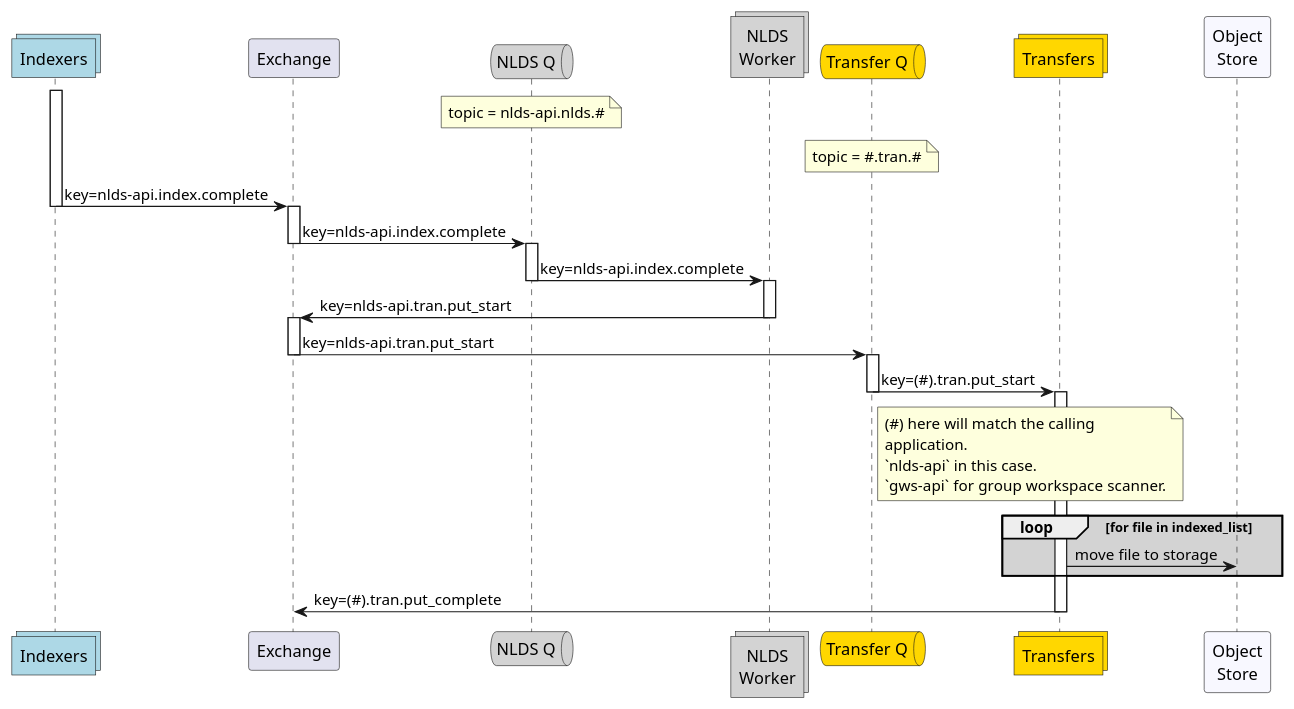
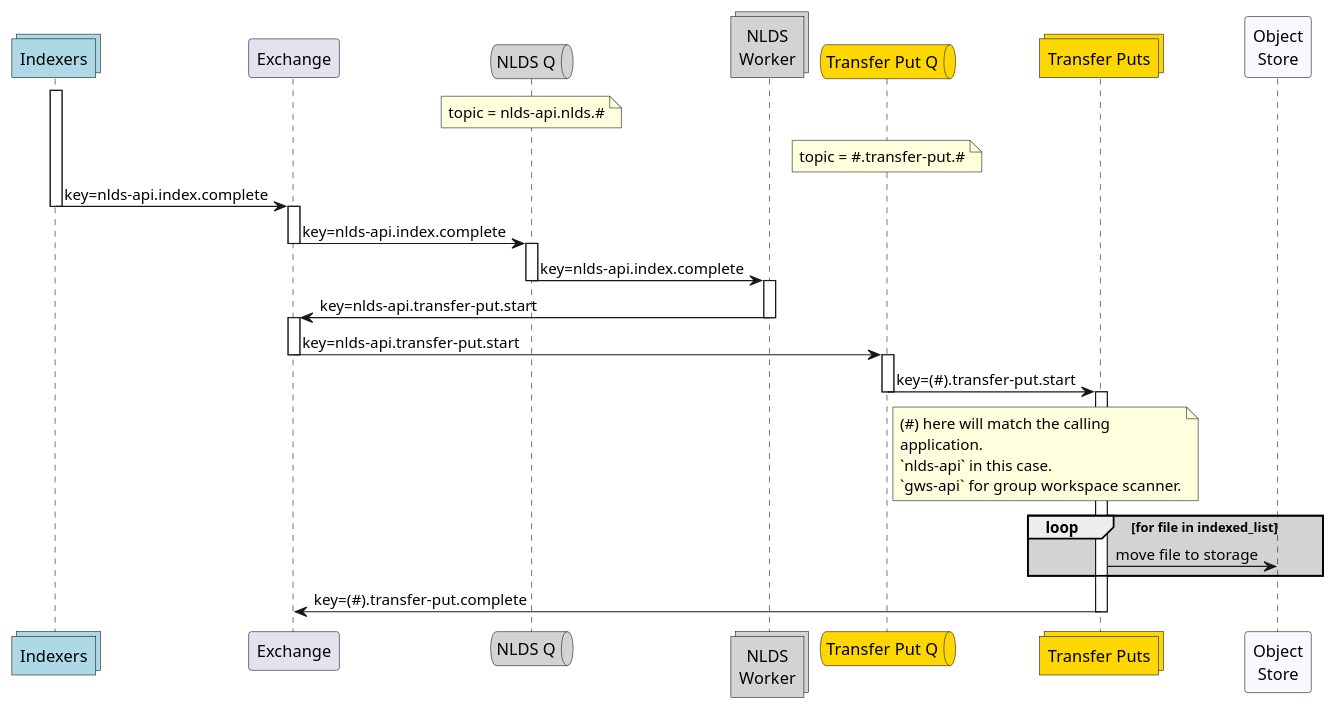
Before and after one commit to cedadev/nlds: the diagram in docs/spec/uml/message_flow_put2.puml, drawn with PlantUML. The commit also changed 16 other files, not shown here.

Commit message:
Updated messages and message flow

```diff
--- a/docs/spec/uml/message_flow_put2.puml
+++ b/docs/spec/uml/message_flow_put2.puml
@@ -1,60 +1,60 @@
 @startuml message_flow_put2
 
 collections index as "Indexers" #lightblue
 
 participant wex as "Exchange"
 
 queue qw as "NLDS Q" #lightgrey
 note over qw
     topic = nlds-api.nlds.#
 end note
 collections work as "NLDS\nWorker" #lightgrey
 /'
 database iddb as "Transaction DB" #lightgrey
 '/
-queue qt as "Transfer Q" #gold
+queue qt as "Transfer Put Q" #gold
 note over qt
-    topic = #.tran.#
+    topic = #.transfer-put.#
 end note
-collections tran as "Transfers" #gold
+collections transfer_puts as "Transfer Puts" #gold
 
 participant obj as "Object\nStore" #GhostWhite
 
 activate index
 index -> wex : key=nlds-api.index.complete
 deactivate index
 activate wex
 wex -> qw : key=nlds-api.index.complete
 deactivate wex
 activate qw
 qw -> work : key=nlds-api.index.complete
 deactivate qw
 activate work
 /'
 work -> iddb : SELECT target,user,group WHERE id
 activate iddb
 iddb -> work : (target,user,group,id)
 deactivate iddb
 '/
-work -> wex  : key=nlds-api.tran.put_start
+work -> wex  : key=nlds-api.transfer-put.start
 deactivate work
 activate wex
-wex -> qt : key=nlds-api.tran.put_start
+wex -> qt : key=nlds-api.transfer-put.start
 deactivate wex
 activate qt
-qt -> tran : key=(#).tran.put_start
+qt -> transfer_puts : key=(#).transfer-put.start
 deactivate qt
 note right of qt
     (#) here will match the calling
     application.
     `nlds-api` in this case.
     `gws-api` for group workspace scanner.
 end note
 
-activate tran
+activate transfer_puts
 loop #lightgrey for file in indexed_list 
-    tran -> obj : move file to storage
+    transfer_puts -> obj : move file to storage
 end
-tran -> wex : key=(#).tran.put_complete
-deactivate tran
+transfer_puts -> wex : key=(#).transfer-put.complete
+deactivate transfer_puts
 @enduml
```
